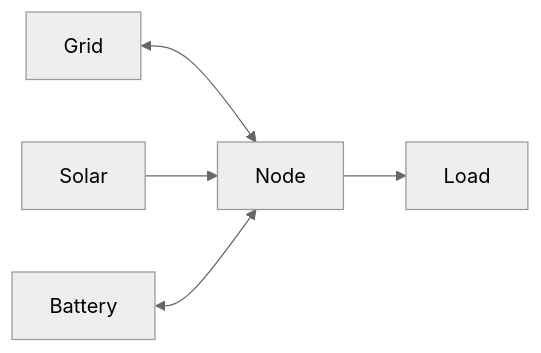
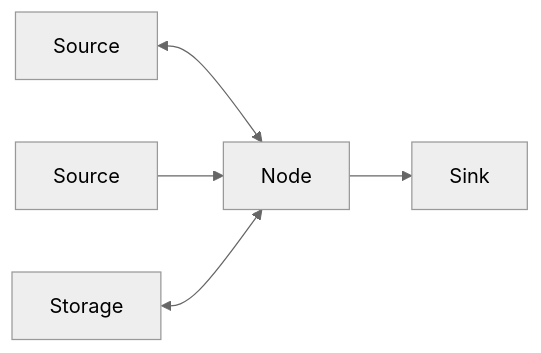
Before and after one commit to hass-energy/haeo: the first of 3 diagrams in docs/user-guide/elements/node.md, drawn with Mermaid (neutral theme). The commit also changed other lines of this file and 18 other files, not shown here.

````diff
--- a/docs/user-guide/elements/node.md
+++ b/docs/user-guide/elements/node.md
@@ -37,9 +92,9 @@
 ```mermaid
 graph LR
-    Grid<-->Node[Node]
-    Solar-->Node
-    Battery<-->Node
-    Node-->Load
+    Source1[Source] <--> Node[Node]
+    Source2[Source] --> Node
+    Storage[Storage] <--> Node
+    Node --> Sink[Sink]
 
     class Node emphasis
 ```
````
